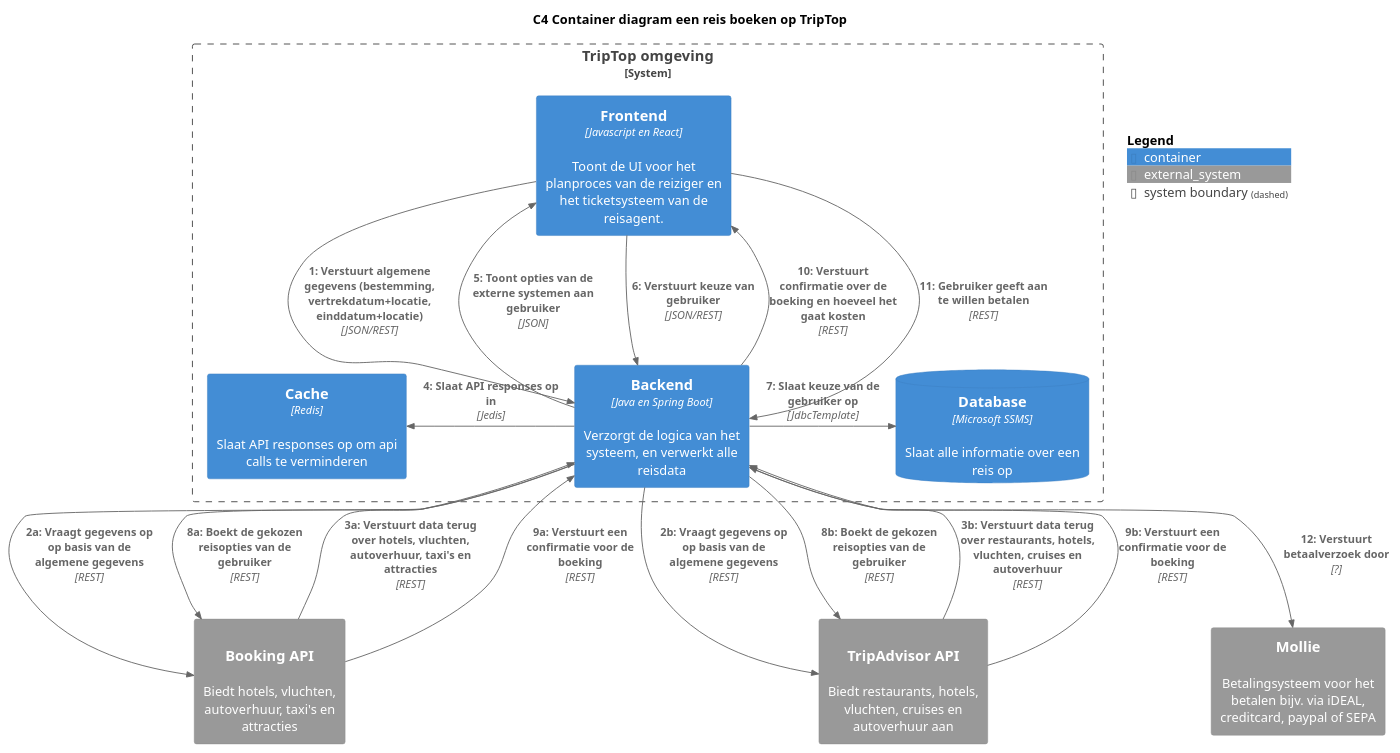
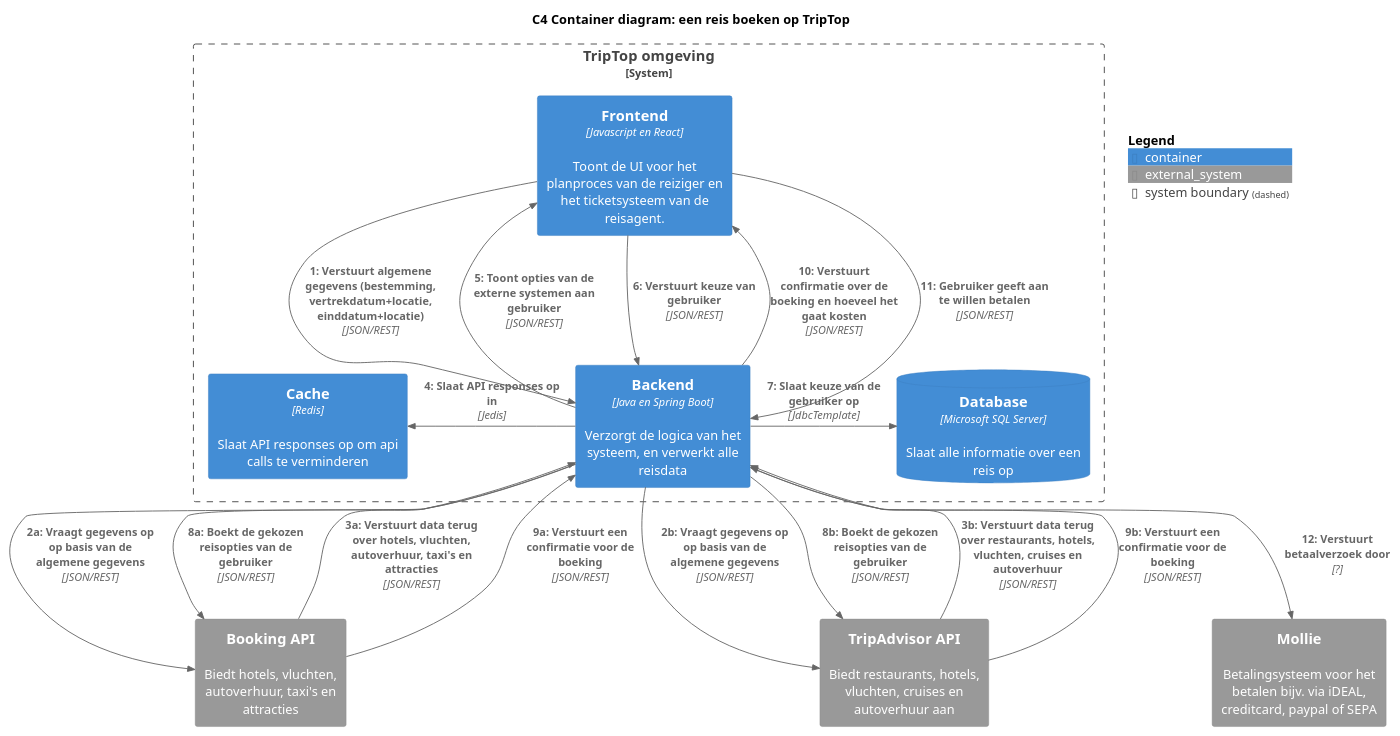
Before and after one commit to AIM-ENE-feb25/triptop-groep-4-jochem-roald-stijn-a: the diagram in software-guidebook/sgb-bestanden/dynamisch-container-diagram-reis-boeken.puml, drawn with PlantUML. The commit also changed 4 other files, not shown here.

Commit message:
C4 diagrammen bijgewerkt

```diff
--- a/software-guidebook/sgb-bestanden/dynamisch-container-diagram-reis-boeken.puml
+++ b/software-guidebook/sgb-bestanden/dynamisch-container-diagram-reis-boeken.puml
@@ -1,52 +1,52 @@
-@startuml C4 Container diagram voor een reis boeken op TripTop
-title C4 Container diagram een reis boeken op TripTop
+@startuml
+title C4 Container diagram: een reis boeken op TripTop
 !include <C4/C4_Container.puml>
 
 top to bottom direction
 
 SHOW_PERSON_OUTLINE()
 
 System_Boundary(system, "TripTop omgeving") {
     Container(frontend, "Frontend", "Javascript en React", "Toont de UI voor het planproces van de reiziger en het ticketsysteem van de reisagent.")
     Container(backend, "Backend", "Java en Spring Boot", "Verzorgt de logica van het systeem, en verwerkt alle reisdata")
-    ContainerDb(db, "Database", "Microsoft SSMS", "Slaat alle informatie over een reis op")
+    ContainerDb(db, "Database", "Microsoft SQL Server", "Slaat alle informatie over een reis op")
     Container(cache, "Cache", "Redis", "Slaat API responses op om api calls te verminderen")
 }
 
-System_Ext(booking, "Booking API", "Biedt hotels, vluchten, autoverhuur, taxi's en attracties", "REST")
-System_Ext(tripadvisor, "TripAdvisor API", "Biedt restaurants, hotels, vluchten, cruises en autoverhuur aan", "REST")
+System_Ext(booking, "Booking API", "Biedt hotels, vluchten, autoverhuur, taxi's en attracties")
+System_Ext(tripadvisor, "TripAdvisor API", "Biedt restaurants, hotels, vluchten, cruises en autoverhuur aan")
 System_Ext(mollie, "Mollie", "Betalingsysteem voor het betalen bijv. via iDEAL, creditcard, paypal of SEPA")
 
 ' BOOKING A TRIP
 Rel_D(frontend, backend, "1: Verstuurt algemene gegevens (bestemming, vertrekdatum+locatie, einddatum+locatie)", "JSON/REST")
 
-Rel(backend, booking, "2a: Vraagt gegevens op op basis van de algemene gegevens", "REST")
-Rel(backend, tripadvisor, "2b: Vraagt gegevens op op basis van de algemene gegevens", "REST")
+Rel(backend, booking, "2a: Vraagt gegevens op op basis van de algemene gegevens", "JSON/REST")
+Rel(backend, tripadvisor, "2b: Vraagt gegevens op op basis van de algemene gegevens", "JSON/REST")
 
-Rel(booking, backend, "3a: Verstuurt data terug over hotels, vluchten, autoverhuur, taxi's en attracties", "REST")
-Rel(tripadvisor, backend, "3b: Verstuurt data terug over restaurants, hotels, vluchten, cruises en autoverhuur", "REST")
+Rel(booking, backend, "3a: Verstuurt data terug over hotels, vluchten, autoverhuur, taxi's en attracties", "JSON/REST")
+Rel(tripadvisor, backend, "3b: Verstuurt data terug over restaurants, hotels, vluchten, cruises en autoverhuur", "JSON/REST")
 
 Rel_L(backend, cache, "4: Slaat API responses op in", "Jedis")
 
-Rel_U(backend, frontend, "5: Toont opties van de externe systemen aan gebruiker", "JSON")
+Rel_U(backend, frontend, "5: Toont opties van de externe systemen aan gebruiker", "JSON/REST")
 
 Rel_D(frontend, backend, "6: Verstuurt keuze van gebruiker", "JSON/REST")
 
 Rel_R(backend, db, "7: Slaat keuze van de gebruiker op", "JdbcTemplate")
 
-Rel(backend, booking, "8a: Boekt de gekozen reisopties van de gebruiker", "REST")
-Rel(backend, tripadvisor, "8b: Boekt de gekozen reisopties van de gebruiker", "REST")
+Rel(backend, booking, "8a: Boekt de gekozen reisopties van de gebruiker", "JSON/REST")
+Rel(backend, tripadvisor, "8b: Boekt de gekozen reisopties van de gebruiker", "JSON/REST")
 
-Rel(booking, backend, "9a: Verstuurt een confirmatie voor de boeking", "REST")
-Rel(tripadvisor, backend, "9b: Verstuurt een confirmatie voor de boeking", "REST")
+Rel(booking, backend, "9a: Verstuurt een confirmatie voor de boeking", "JSON/REST")
+Rel(tripadvisor, backend, "9b: Verstuurt een confirmatie voor de boeking", "JSON/REST")
 
-Rel_U(backend, frontend, "10: Verstuurt confirmatie over de boeking en hoeveel het gaat kosten", "REST")
+Rel_U(backend, frontend, "10: Verstuurt confirmatie over de boeking en hoeveel het gaat kosten", "JSON/REST")
 
-Rel_D(frontend, backend, "11: Gebruiker geeft aan te willen betalen", "REST")
+Rel_D(frontend, backend, "11: Gebruiker geeft aan te willen betalen", "JSON/REST")
 Rel(backend, mollie, "12: Verstuurt betaalverzoek door", "?")
 
-' We hebben geen idee hoe mollie werkt, dus TO DO
+' TODO: Zoek uit hoe mollie werkt en vul de relatie in
 
 SHOW_FLOATING_LEGEND()
 
 @enduml
```
